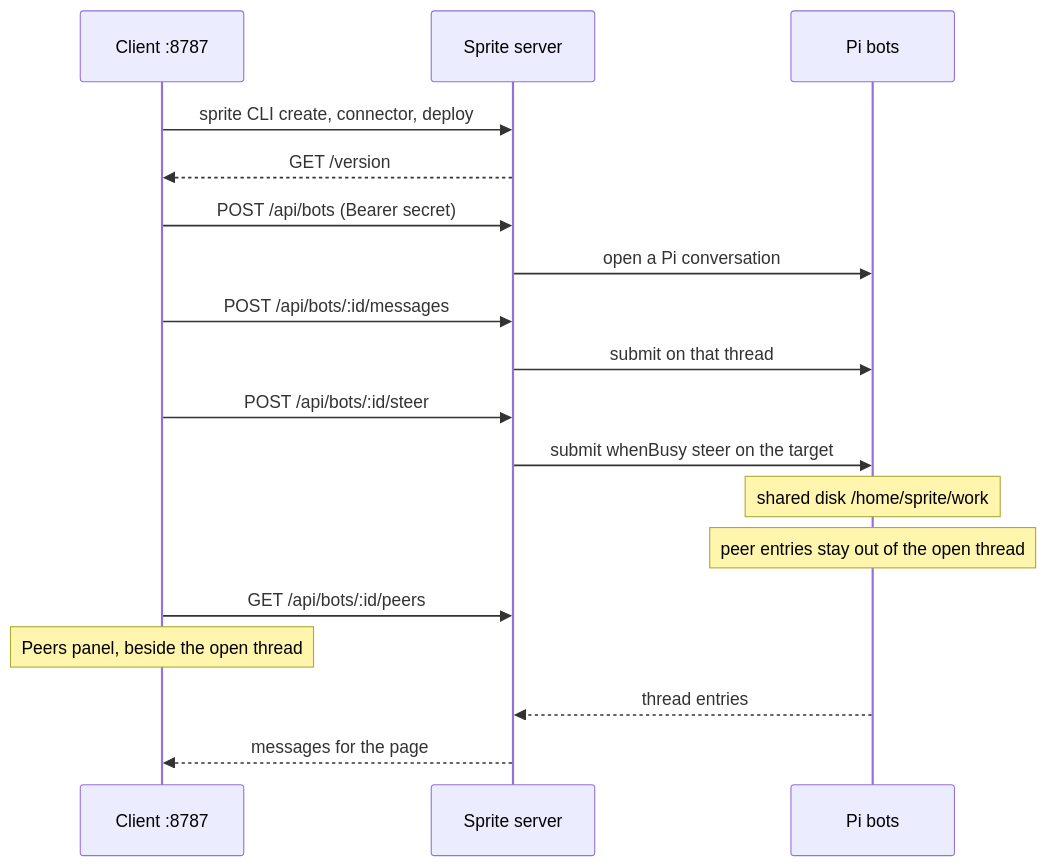
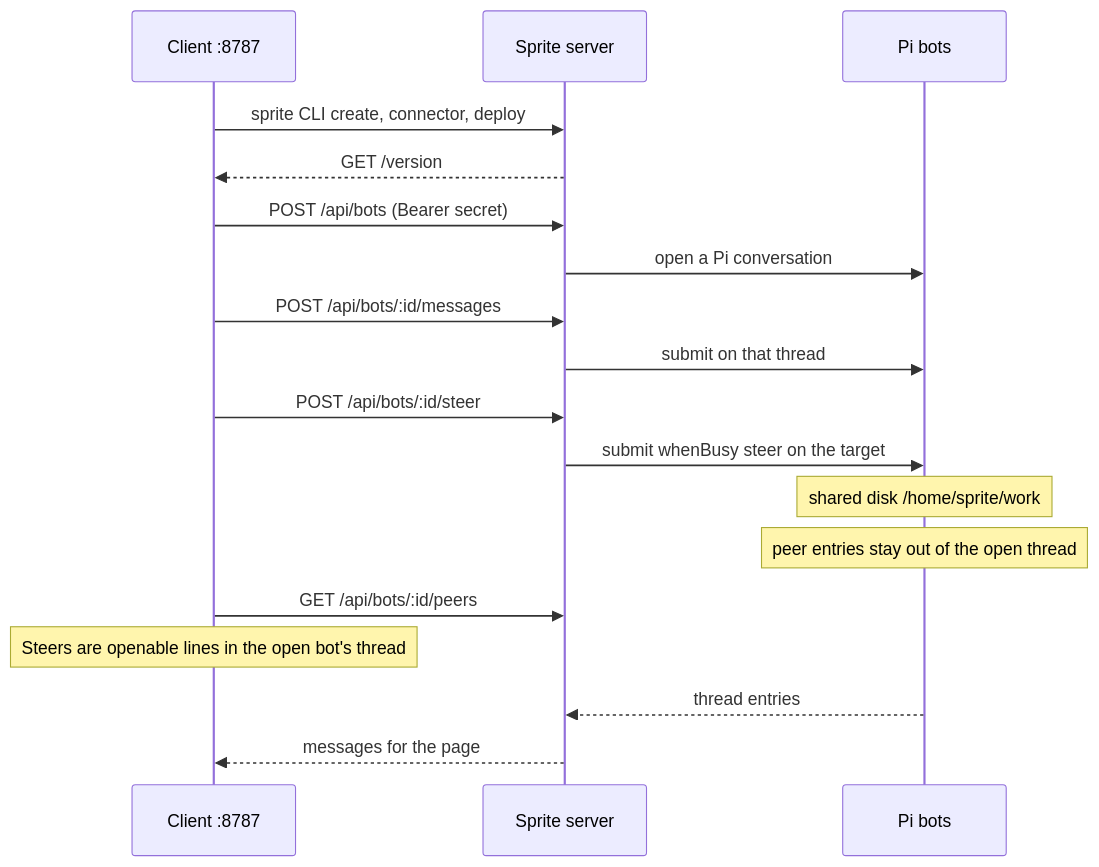
Before and after one commit to richardanaya/pi-orbs: the diagram in docs/architecture.md, drawn with Mermaid. The commit also changed other lines of this file and 1 other file, not shown here.

First line of the commit message:
Docs: match architecture and changelog to steers in the thread.

````diff
--- a/docs/architecture.md
+++ b/docs/architecture.md
@@ -118,20 +118,20 @@
 ```mermaid
 sequenceDiagram
   participant Client as Client :8787
   participant Sprite as Sprite server
   participant Bots as Pi bots
   Client->>Sprite: sprite CLI create, connector, deploy
   Sprite-->>Client: GET /version
   Client->>Sprite: POST /api/bots (Bearer secret)
   Sprite->>Bots: open a Pi conversation
   Client->>Sprite: POST /api/bots/:id/messages
   Sprite->>Bots: submit on that thread
   Client->>Sprite: POST /api/bots/:id/steer
   Sprite->>Bots: submit whenBusy steer on the target
   Note over Bots: shared disk /home/sprite/work
   Note over Bots: peer entries stay out of the open thread
   Client->>Sprite: GET /api/bots/:id/peers
-  Note over Client: Peers panel, beside the open thread
+  Note over Client: Steers are openable lines in the open bot's thread
   Bots-->>Sprite: thread entries
   Sprite-->>Client: messages for the page
 ```
````
